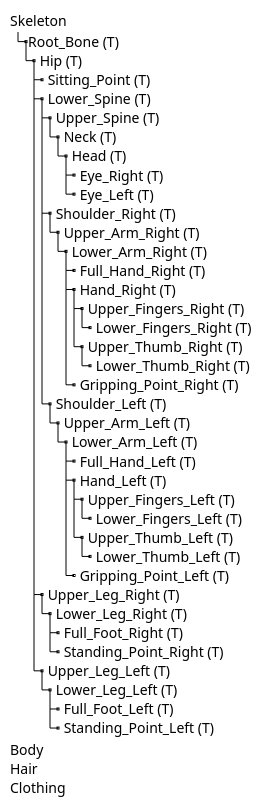
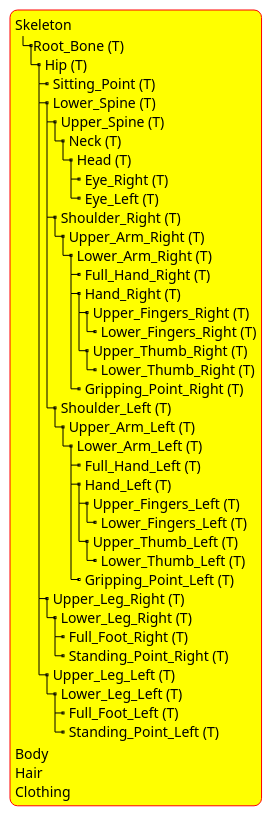
The second of 2 diagrams in content/geometry/Introduction.adoc (nakohdo/OpenMATERIAL), drawn with PlantUML before and after one commit.

Commit message:
Try changing the settings.

```diff
--- a/content/geometry/Introduction.adoc
+++ b/content/geometry/Introduction.adoc
@@ -23,50 +23,50 @@
 [plantuml ]
 ----
 skinparam Legend {
-	BackgroundColor transparent
-	BorderColor transparent
+	BackgroundColor yellow
+	BorderColor red
 }
 legend
 Skeleton
 |_Root_Bone (T)
   |_ Hip (T)
     |_ Sitting_Point (T)
     |_ Lower_Spine (T)
       |_ Upper_Spine (T)
         |_ Neck (T)
           |_ Head (T)
             |_ Eye_Right (T)
             |_ Eye_Left (T)
       |_ Shoulder_Right (T)
         |_ Upper_Arm_Right (T)
           |_ Lower_Arm_Right (T)
             |_ Full_Hand_Right (T)
             |_ Hand_Right (T)
               |_ Upper_Fingers_Right (T)
                 |_ Lower_Fingers_Right (T)
               |_ Upper_Thumb_Right (T)
                 |_ Lower_Thumb_Right (T)
             |_ Gripping_Point_Right (T)
       |_ Shoulder_Left (T)
         |_ Upper_Arm_Left (T)
           |_ Lower_Arm_Left (T)
             |_ Full_Hand_Left (T)
             |_ Hand_Left (T)
               |_ Upper_Fingers_Left (T)
                 |_ Lower_Fingers_Left (T)
               |_ Upper_Thumb_Left (T)
                 |_ Lower_Thumb_Left (T)
             |_ Gripping_Point_Left (T)
     |_ Upper_Leg_Right (T)
       |_ Lower_Leg_Right (T)
         |_ Full_Foot_Right (T)
         |_ Standing_Point_Right (T)
     |_ Upper_Leg_Left (T)
       |_ Lower_Leg_Left (T)
         |_ Full_Foot_Left (T)
         |_ Standing_Point_Left (T)
 Body
 Hair
 Clothing
 end legend
 ----
```
